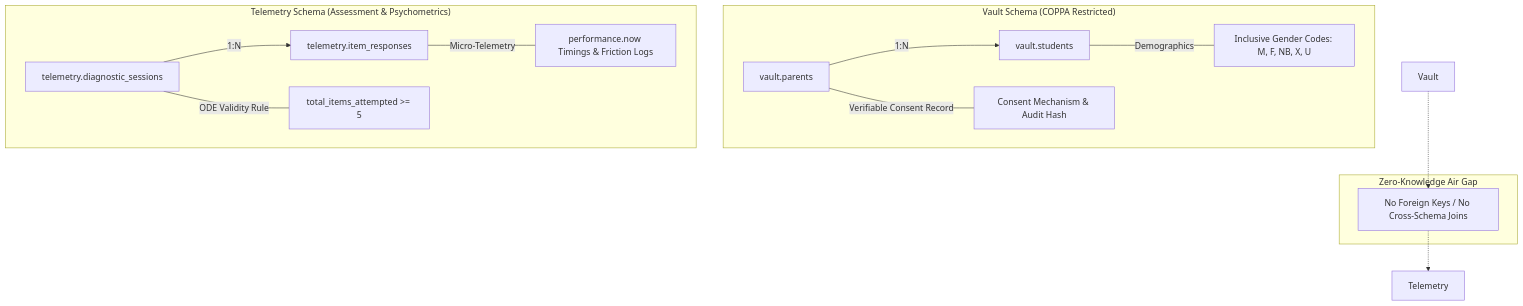
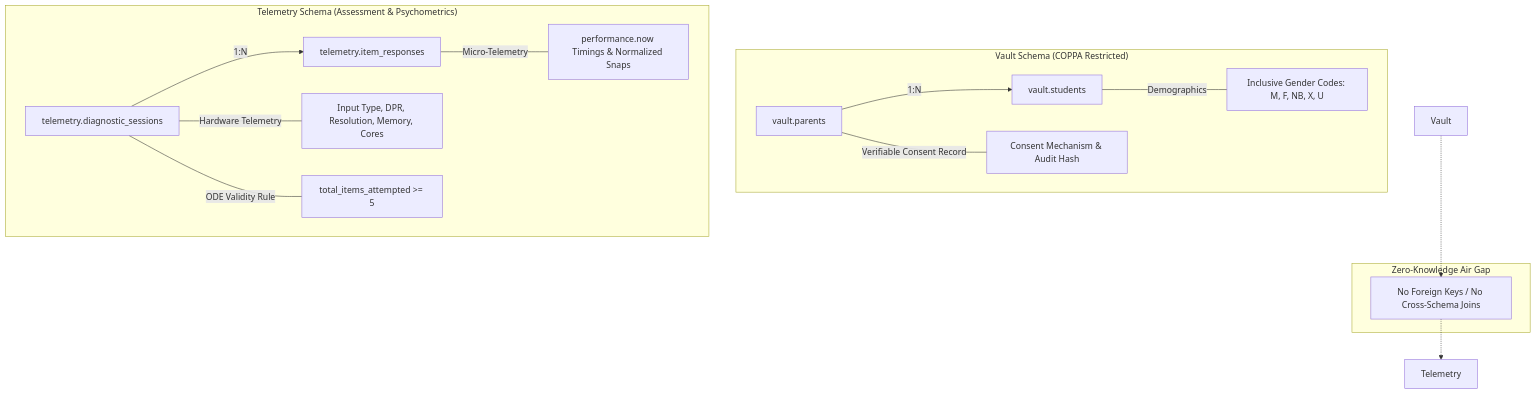
Before and after one commit to crzyazian/sonar-math-mvp: the diagram in architecture.md, drawn with Mermaid. The commit also changed other lines of this file and 2 other files, not shown here.

Commit message:
feat(telemetry): add multi-device web support with hardware telemetry and normalized canvas contracts

````diff
--- a/architecture.md
+++ b/architecture.md
@@ -14,20 +57,21 @@
 ```mermaid
 graph TD
     subgraph "Vault Schema (COPPA Restricted)"
         P[vault.parents] -->|1:N| S[vault.students]
         P ---|Verifiable Consent Record| VC[Consent Mechanism & Audit Hash]
         S ---|Demographics| GC[Inclusive Gender Codes: M, F, NB, X, U]
     end
 
     subgraph "Zero-Knowledge Air Gap"
         ZKG[No Foreign Keys / No Cross-Schema Joins]
     end
 
     subgraph "Telemetry Schema (Assessment & Psychometrics)"
         DS[telemetry.diagnostic_sessions] -->|1:N| IR[telemetry.item_responses]
+        DS ---|Hardware Telemetry| HW[Input Type, DPR, Resolution, Memory, Cores]
         DS ---|ODE Validity Rule| ODE[total_items_attempted >= 5]
-        IR ---|Micro-Telemetry| MT[performance.now Timings & Friction Logs]
+        IR ---|Micro-Telemetry| MT[performance.now Timings & Normalized Snaps]
     end
 
     Vault -.-> ZKG -.-> Telemetry
 ```
````
